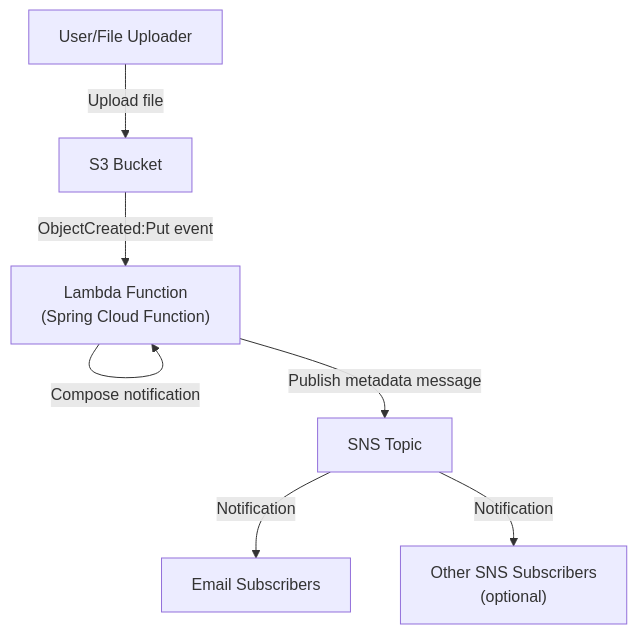
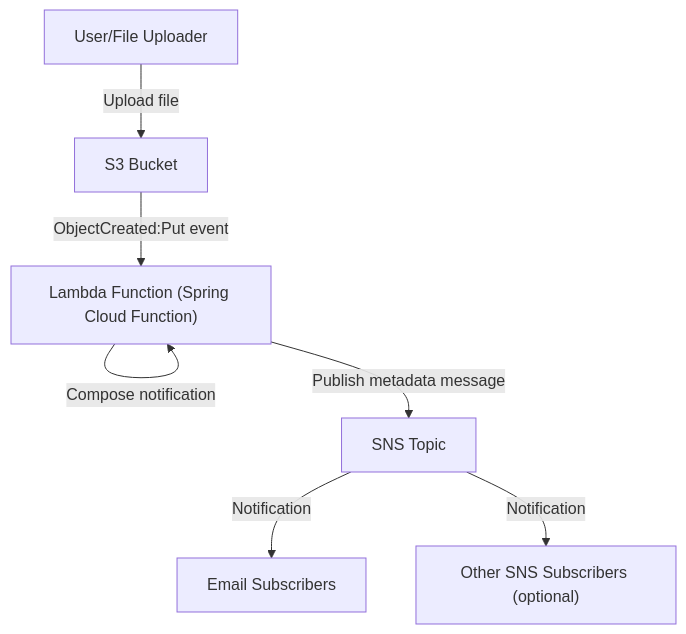
Before and after one commit to isaacafrifa/meta-ping: the diagram in ARCHITECTURE.md, drawn with Mermaid.

````diff
--- a/ARCHITECTURE.md
+++ b/ARCHITECTURE.md
@@ -7,10 +7,10 @@
 ```mermaid
 flowchart TD
     User["User/File Uploader"] -->|Upload file| S3["S3 Bucket"]
-    S3 -->|ObjectCreated:Put event| Lambda["Lambda Function\n(Spring Cloud Function)"]
+    S3 -->|ObjectCreated:Put event| Lambda["Lambda Function (Spring Cloud Function)"]
     Lambda -->|Extract metadata| Lambda
     Lambda -->|Compose notification| Lambda
     Lambda -->|Publish metadata message| SNS["SNS Topic"]
     SNS -->|Notification| Email["Email Subscribers"]
-    SNS -->|Notification| Other["Other SNS Subscribers\n(optional)"]
+    SNS -->|Notification| Other["Other SNS Subscribers (optional)"]
 ```
````
